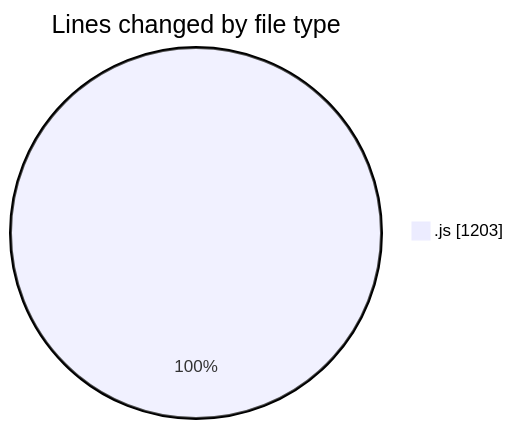
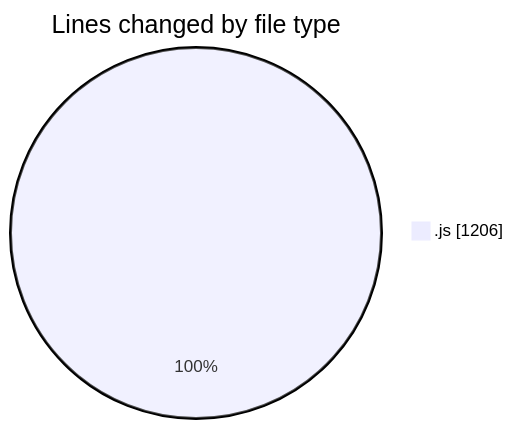
Before and after one commit to nxtqubesakshisongat/code-tracking: the first of 2 diagrams in 2025-09-08/cashcalculator/README.md, drawn with Mermaid. The commit also changed other lines of this file and 1 other file, not shown here.

````diff
--- a/2025-09-08/cashcalculator/README.md
+++ b/2025-09-08/cashcalculator/README.md
@@ -20,5 +20,5 @@
 ```mermaid
 pie showData
 title Lines changed by file type
-".js" : 1203
+".js" : 1206
 ```
````
